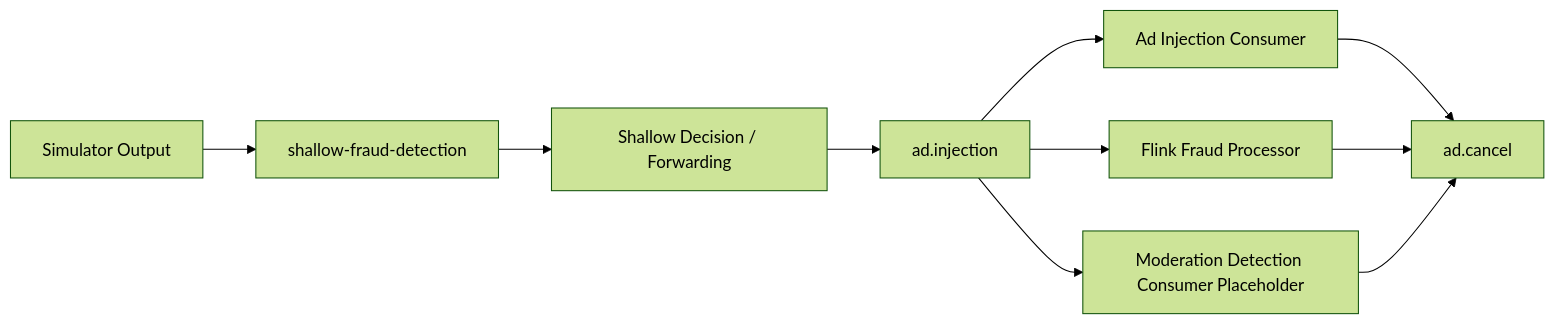
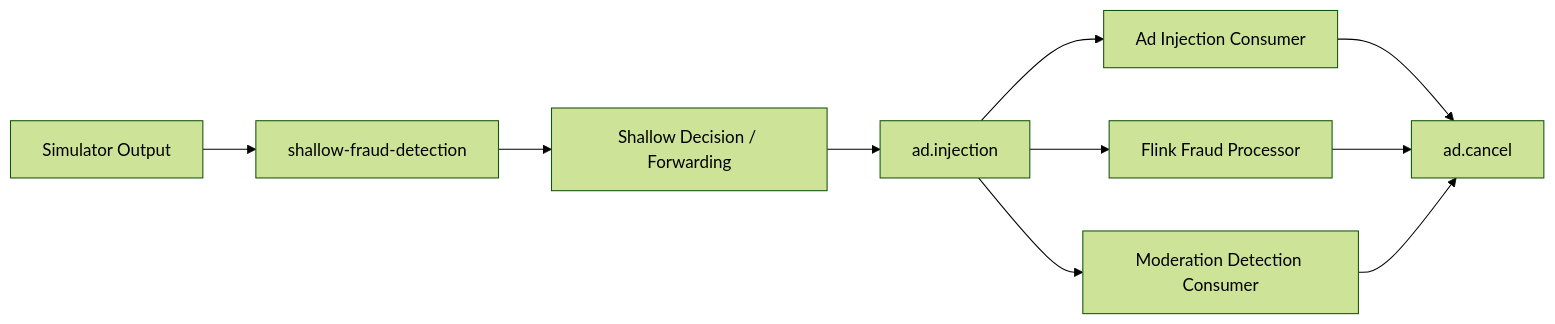
Before and after one commit to IamMistake/ai-ad-request-safety-pipeline: the diagram in docs/kafka_topics.md, drawn with Mermaid (forest theme). The commit also changed other lines of this file and 7 other files, not shown here.

Commit message:
implement moderation keyword detection and cancel flow

````diff
--- a/docs/kafka_topics.md
+++ b/docs/kafka_topics.md
@@ -74,12 +74,12 @@
 ```mermaid
 flowchart LR
     A[Simulator Output] --> B[shallow-fraud-detection]
     B --> C[Shallow Decision / Forwarding]
     C --> D[ad.injection]
     D --> E[Ad Injection Consumer]
     D --> F[Flink Fraud Processor]
-    D --> G[Moderation Detection Consumer Placeholder]
+    D --> G[Moderation Detection Consumer]
     E --> H[ad.cancel]
     F --> H
     G --> H
 ```
````
